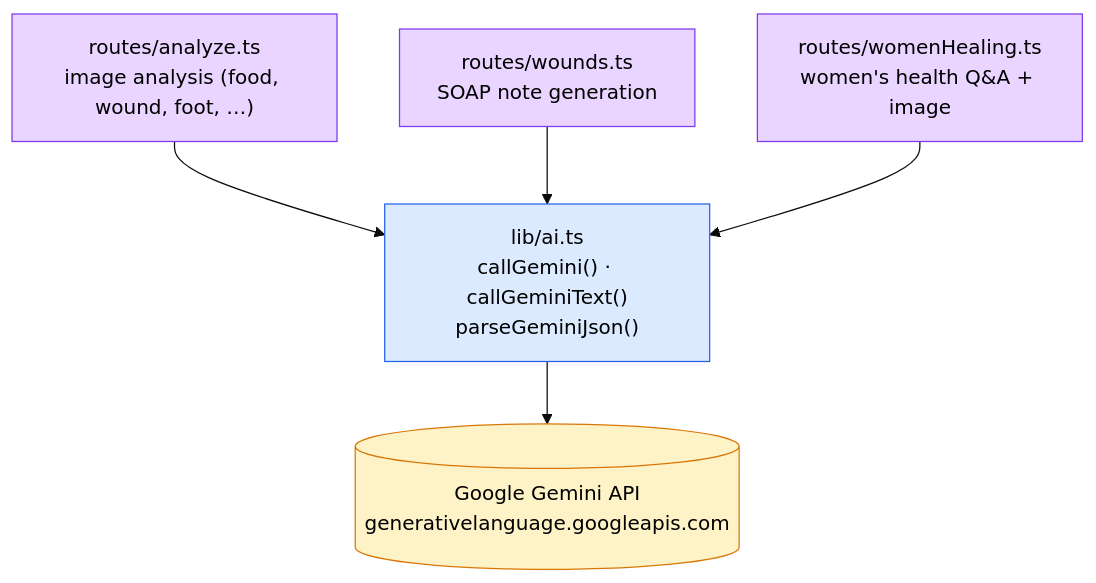
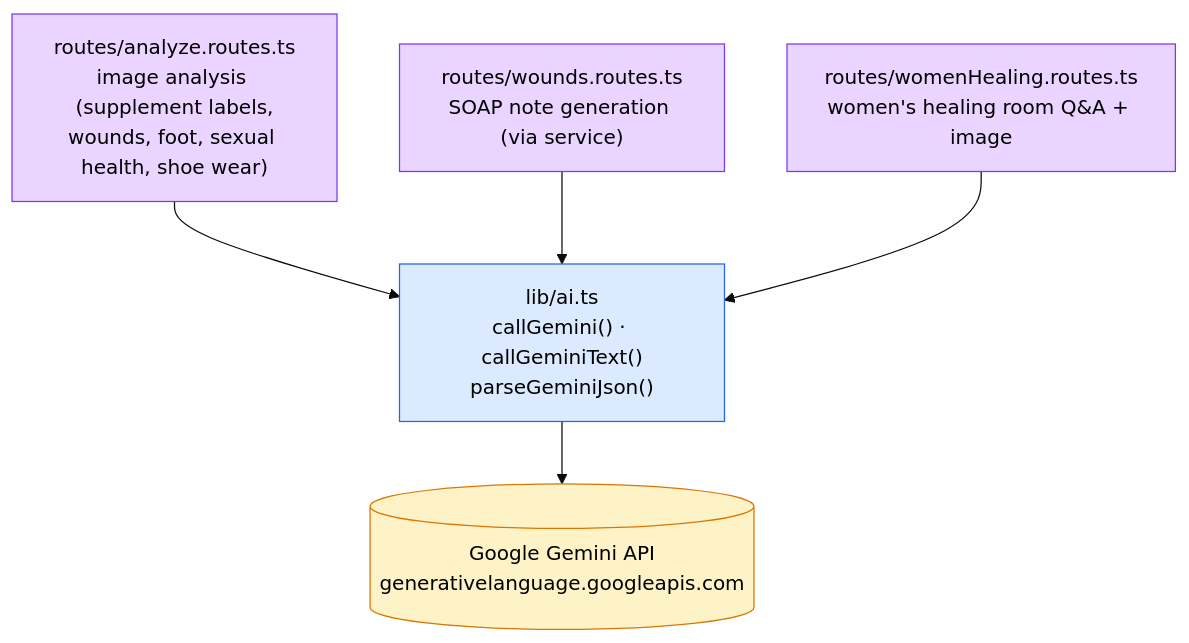
Before and after one commit to aaronsu-cofit/supplement-tracker: the third of 3 diagrams in docs/reference/llm-architecture.md, drawn with Mermaid (base theme). The commit also changed other lines of this file and 4 other files, not shown here.

````diff
--- a/docs/reference/llm-architecture.md
+++ b/docs/reference/llm-architecture.md
@@ -73,18 +80,18 @@
 ```mermaid
 flowchart TD
     classDef svc fill:#fef3c7,stroke:#d97706,color:#000
     classDef wrapper fill:#dbeafe,stroke:#2563eb,color:#000
     classDef caller fill:#e9d5ff,stroke:#7c3aed,color:#000
 
     GEMINI[("Google Gemini API<br/>generativelanguage.googleapis.com")]:::svc
 
     ai_lib["lib/ai.ts<br/>callGemini() · callGeminiText()<br/>parseGeminiJson()"]:::wrapper
 
-    analyze["routes/analyze.ts<br/>image analysis (food, wound, foot, …)"]:::caller
-    wounds["routes/wounds.ts<br/>SOAP note generation"]:::caller
-    women["routes/womenHealing.ts<br/>women's health Q&A + image"]:::caller
+    analyze["routes/analyze.routes.ts<br/>image analysis (supplement labels,<br/>wounds, foot, sexual health, shoe wear)"]:::caller
+    wounds["routes/wounds.routes.ts<br/>SOAP note generation (via service)"]:::caller
+    women["routes/womenHealing.routes.ts<br/>women's healing room Q&A + image"]:::caller
 
     analyze --> ai_lib --> GEMINI
     wounds --> ai_lib
     women --> ai_lib
 ```
````
